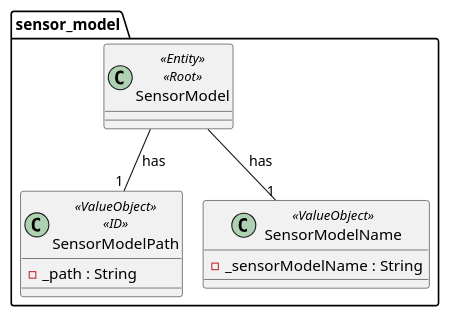
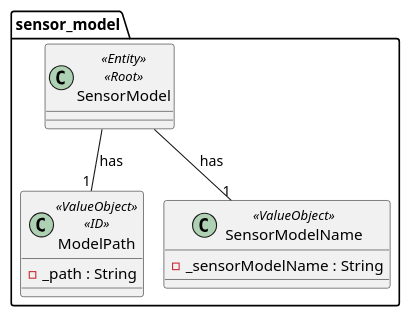
Before and after one commit to olivDiogo/SmartHome: the diagram in docs/ooa/4.agreggateModels/SensorModel.puml, drawn with PlantUML. The commit also changed 18 other files, not shown here.

Commit message:
fix: minor correction to the aggregate diagrams - closes #346

```diff
--- a/docs/ooa/4.agreggateModels/SensorModel.puml
+++ b/docs/ooa/4.agreggateModels/SensorModel.puml
@@ -1,20 +1,20 @@
 @startuml
 !pragma layout smetana
 
 package sensor_model{
 
     class SensorModel <<Entity>> <<Root>>{
     }
 
-     class SensorModelPath <<ValueObject>><<ID>>{
+     class ModelPath <<ValueObject>><<ID>>{
         - _path : String
      }
      class SensorModelName <<ValueObject>>{
         - _sensorModelName : String
      }
 }
 
-SensorModel  -- "1" SensorModelPath : has
+SensorModel  -- "1" ModelPath : has
 SensorModel  -- "1" SensorModelName : has
 
 @enduml
```
